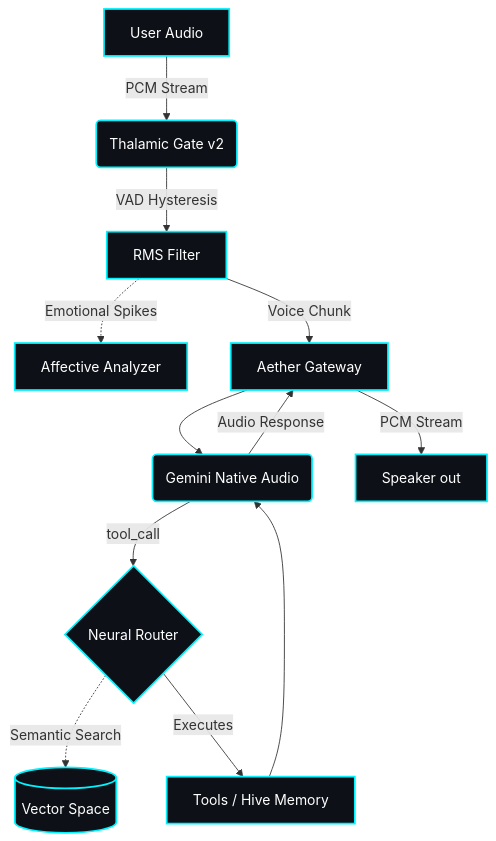
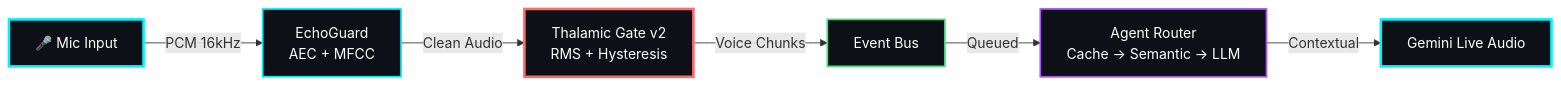
The first of 6 diagrams in README.md (Moeabdelaziz007/Aether-Voice-OS), drawn with Mermaid before and after one commit. The commit also changed other lines of this file and 3 other files, not shown here.

````diff
--- a/README.md
+++ b/README.md
@@ -196,17 +252,15 @@
 ```mermaid
-graph TD;
-    U[User Audio] -->|PCM Stream| TG(Thalamic Gate v2)
-    TG -->|VAD Hysteresis| O[RMS Filter]
-    O -.-> |Emotional Spikes| E[Affective Analyzer]
-    O -->|Voice Chunk| GW[Aether Gateway]
-    GW --> GS(Gemini Native Audio)
-    GS -->|tool_call| TR{Neural Router}
-    TR -.->|Semantic Search| VS[(Vector Space)]
-    TR -->|Executes| T[Tools / Hive Memory]
-    T --> GS
-    GS -->|Audio Response| GW
-    GW -->|PCM Stream| S[Speaker out]
+flowchart LR
+    A[🎤 Mic Input] -->|PCM 16kHz| B[EchoGuard<br/>AEC + MFCC]
+    B -->|Clean Audio| C[Thalamic Gate v2<br/>RMS + Hysteresis]
+    C -->|Voice Chunks| D[Event Bus]
+    D -->|Queued| E[Agent Router<br/>Cache → Semantic → LLM]
+    E -->|Contextual| F[Gemini Live Audio]
     
-    classDef cyberpunk fill:#0d1117,stroke:#00f3ff,stroke-width:2px,color:#fff;
-    class U,S,TG,O,E,GW,GS,TR,VS,T cyberpunk;
+    style A fill:#0d1117,stroke:#00f3ff,stroke-width:3px,color:#fff
+    style B fill:#0d1117,stroke:#00f3ff,stroke-width:2px,color:#fff
+    style C fill:#0d1117,stroke:#ff6b6b,stroke-width:3px,color:#fff
+    style D fill:#0d1117,stroke:#4ade80,stroke-width:2px,color:#fff
+    style E fill:#0d1117,stroke:#a855f7,stroke-width:2px,color:#fff
+    style F fill:#0d1117,stroke:#00f3ff,stroke-width:3px,color:#fff
 ```
````
